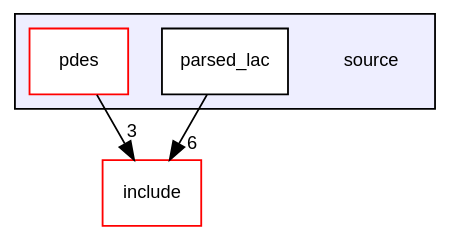
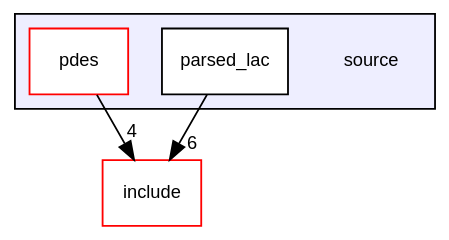
The diagram in dir_b2f33c71d4aa5e7af42a1ca61ff5af1b_dep.dot (luca-heltai/fsi-suite), drawn with Graphviz before and after one commit. The commit also changed 693 other files, not shown here.

```diff
--- a/dir_b2f33c71d4aa5e7af42a1ca61ff5af1b_dep.dot
+++ b/dir_b2f33c71d4aa5e7af42a1ca61ff5af1b_dep.dot
@@ -1,15 +1,15 @@
 digraph "source" {
   bgcolor=transparent;
   compound=true
   node [ fontsize="10", fontname="Helvetica"];
   edge [ labelfontsize="10", labelfontname="Helvetica"];
   subgraph clusterdir_b2f33c71d4aa5e7af42a1ca61ff5af1b {
     graph [ bgcolor="#eeeeff", pencolor="black", label="" URL="dir_b2f33c71d4aa5e7af42a1ca61ff5af1b.html"];
     dir_b2f33c71d4aa5e7af42a1ca61ff5af1b [shape=plaintext label="source"];
     dir_391f36ef54c6909ec58be9eca8862451 [shape=box label="parsed_lac" color="black" fillcolor="white" style="filled" URL="dir_391f36ef54c6909ec58be9eca8862451.html"];
     dir_863924b7d266e6f7561da03323982265 [shape=box label="pdes" color="red" fillcolor="white" style="filled" URL="dir_863924b7d266e6f7561da03323982265.html"];
   }
   dir_d44c64559bbebec7f509842c48db8b23 [shape=box label="include" color="red" URL="dir_d44c64559bbebec7f509842c48db8b23.html"];
-  dir_863924b7d266e6f7561da03323982265->dir_d44c64559bbebec7f509842c48db8b23 [headlabel="3", labeldistance=1.5 headhref="dir_000009_000002.html"];
+  dir_863924b7d266e6f7561da03323982265->dir_d44c64559bbebec7f509842c48db8b23 [headlabel="4", labeldistance=1.5 headhref="dir_000009_000002.html"];
   dir_391f36ef54c6909ec58be9eca8862451->dir_d44c64559bbebec7f509842c48db8b23 [headlabel="6", labeldistance=1.5 headhref="dir_000008_000002.html"];
 }
```
